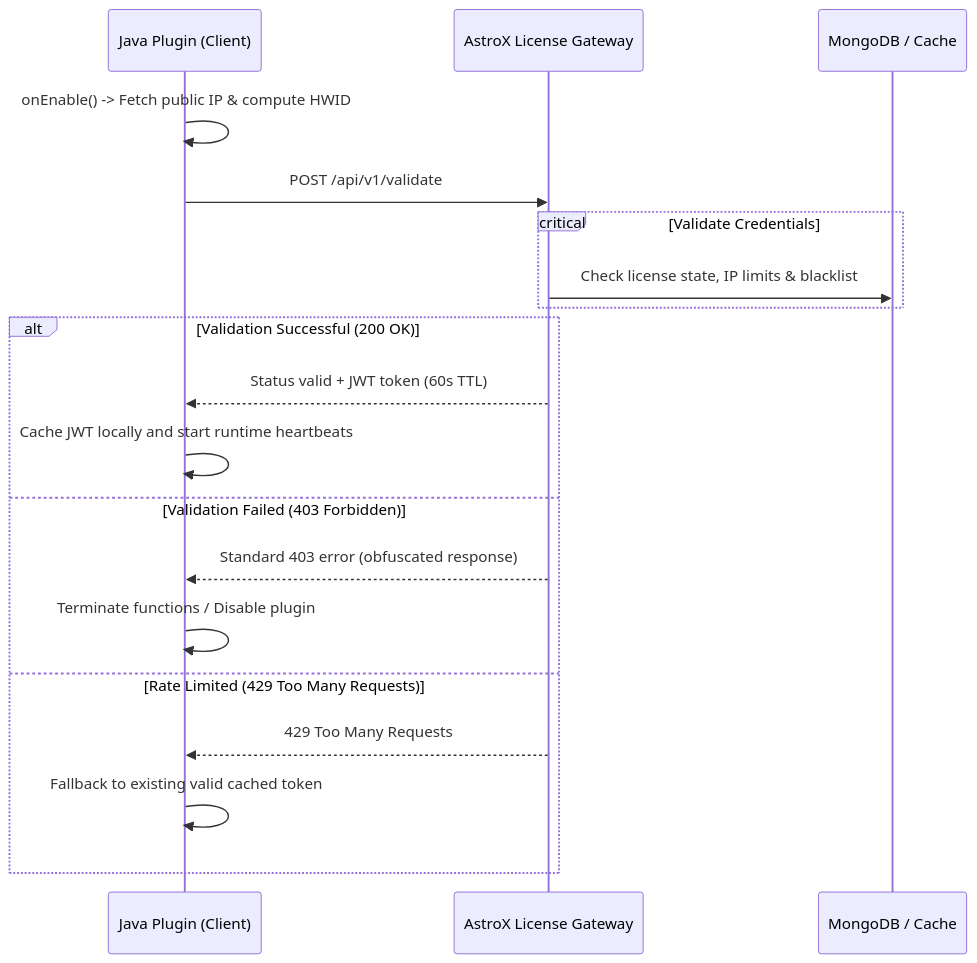
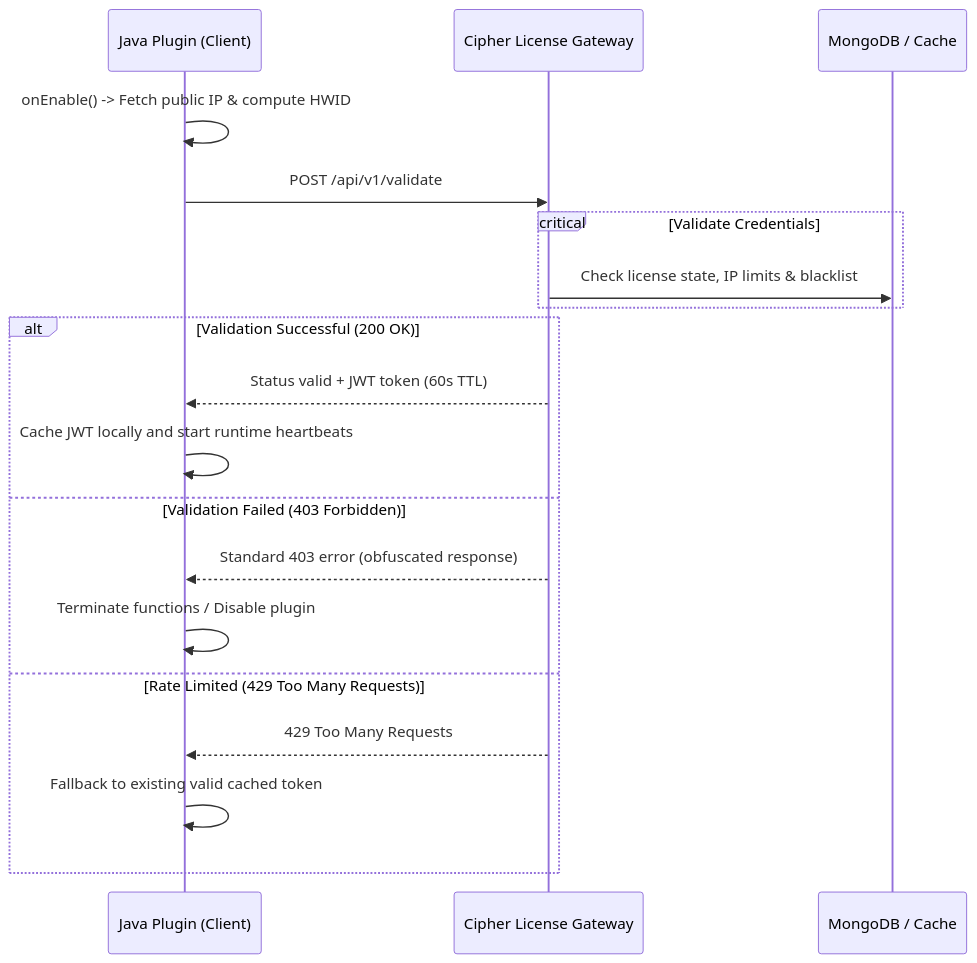
One commit to Eangly99/astrox-license changed the diagram in docs/java-integration.md. Above: the diagram before and after it, drawn with Mermaid. The commit also changed other lines of this file and 24 other files, not shown here.

Commit message:
chore: rename Astro-License to Cipher, change license key format, and redesign embeds

````diff
--- a/docs/java-integration.md
+++ b/docs/java-integration.md
@@ -11,22 +11,22 @@
 ```mermaid
 sequenceDiagram
     participant P as Java Plugin (Client)
-    participant G as AstroX License Gateway
+    participant G as Cipher License Gateway
     participant D as MongoDB / Cache
 
     P->>P: onEnable() -> Fetch public IP & compute HWID
     P->>G: POST /api/v1/validate
     critical Validate Credentials
         G->>D: Check license state, IP limits & blacklist
     end
     alt Validation Successful (200 OK)
         G-->>P: Status valid + JWT token (60s TTL)
         P->>P: Cache JWT locally and start runtime heartbeats
     else Validation Failed (403 Forbidden)
         G-->>P: Standard 403 error (obfuscated response)
         P->>P: Terminate functions / Disable plugin
     else Rate Limited (429 Too Many Requests)
         G-->>P: 429 Too Many Requests
         P->>P: Fallback to existing valid cached token
     end
 ```
````
